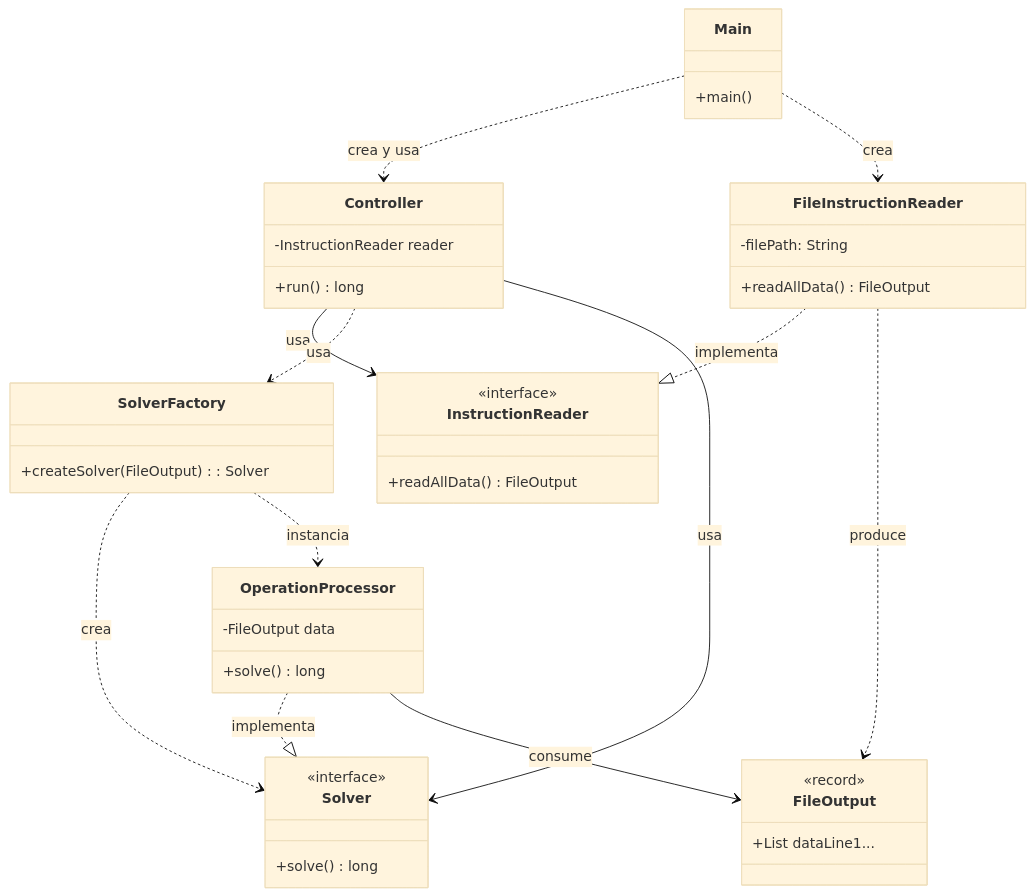
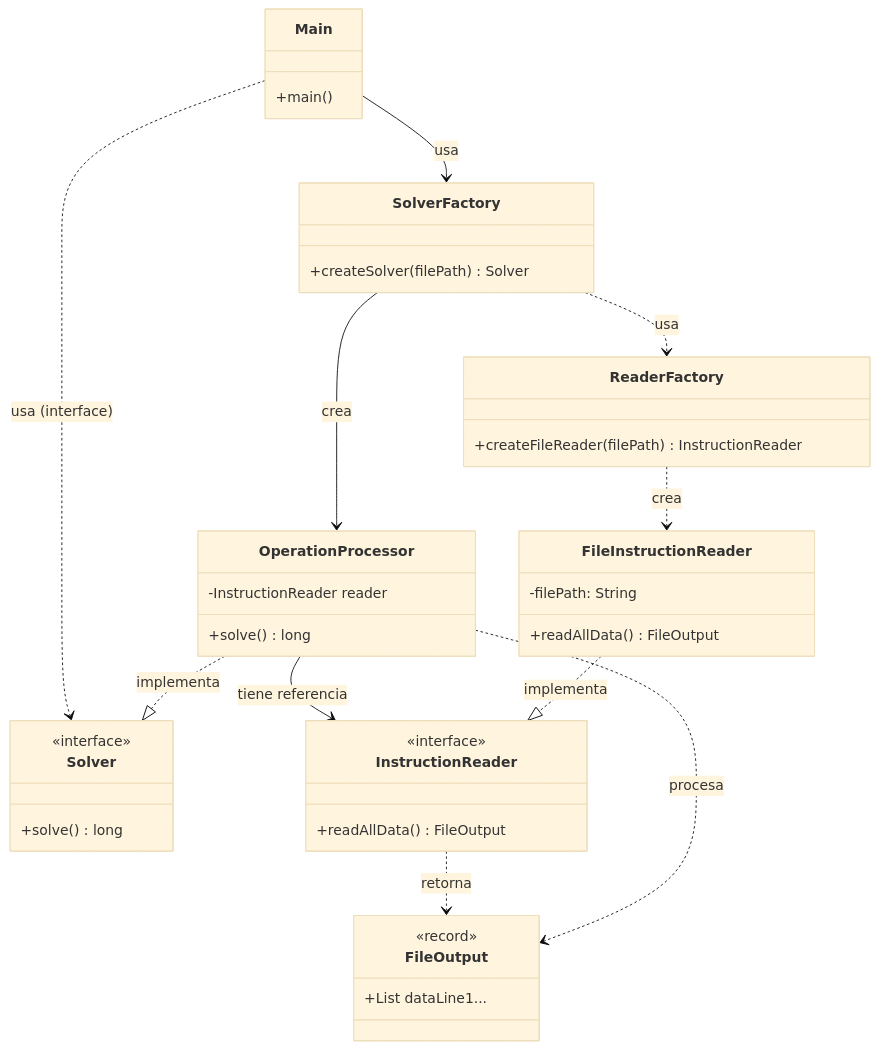
One commit to Carlossr2401/AdventOfCode6-2025 changed the first of 2 diagrams in README.md. Above: the diagram before and after it, drawn with Mermaid (base theme). The commit also changed other lines of this file and 11 other files, not shown here.

````diff
--- a/README.md
+++ b/README.md
@@ -39,48 +37,46 @@
 ```mermaid
 classDiagram
     class Main {
         +main()
     }
-    class Controller {
+    class SolverFactory {
+        +createSolver(filePath) Solver
+    }
+    class ReaderFactory {
+        +createFileReader(filePath) InstructionReader
+    }
+    class Solver {
+        <<interface>>
+        +solve() long
+    }
+    class OperationProcessor {
         -InstructionReader reader
-        +run() long
+        +solve() long
     }
     class InstructionReader {
         <<interface>>
         +readAllData() FileOutput
     }
     class FileInstructionReader {
         -filePath: String
         +readAllData() FileOutput
     }
-    class SolverFactory {
-        +createSolver(FileOutput): Solver
-    }
-    class Solver {
-        <<interface>>
-        +solve() long
-    }
-    class OperationProcessor {
-        -FileOutput data
-        +solve() long
-    }
     class FileOutput {
         <<record>>
         +List dataLine1...
     }
 
-    Main ..> Controller : crea y usa
-    Main ..> FileInstructionReader : crea
+    Main --> SolverFactory : usa
+    SolverFactory --> OperationProcessor : crea
+    SolverFactory ..> ReaderFactory : usa
 
-    Controller --> InstructionReader : usa
+    ReaderFactory ..> FileInstructionReader : crea
+
+    Main ..> Solver : usa (interface)
+    OperationProcessor ..|> Solver : implementa
+    OperationProcessor --> InstructionReader : tiene referencia
     FileInstructionReader ..|> InstructionReader : implementa
-    FileInstructionReader ..> FileOutput : produce
 
-    Controller ..> SolverFactory : usa
-    SolverFactory ..> Solver : crea
-    SolverFactory ..> OperationProcessor : instancia
-    Controller --> Solver : usa
-
-    OperationProcessor ..|> Solver : implementa
-    OperationProcessor --> FileOutput : consume
+    InstructionReader ..> FileOutput : retorna
+    OperationProcessor ..> FileOutput : procesa
 ```
````
